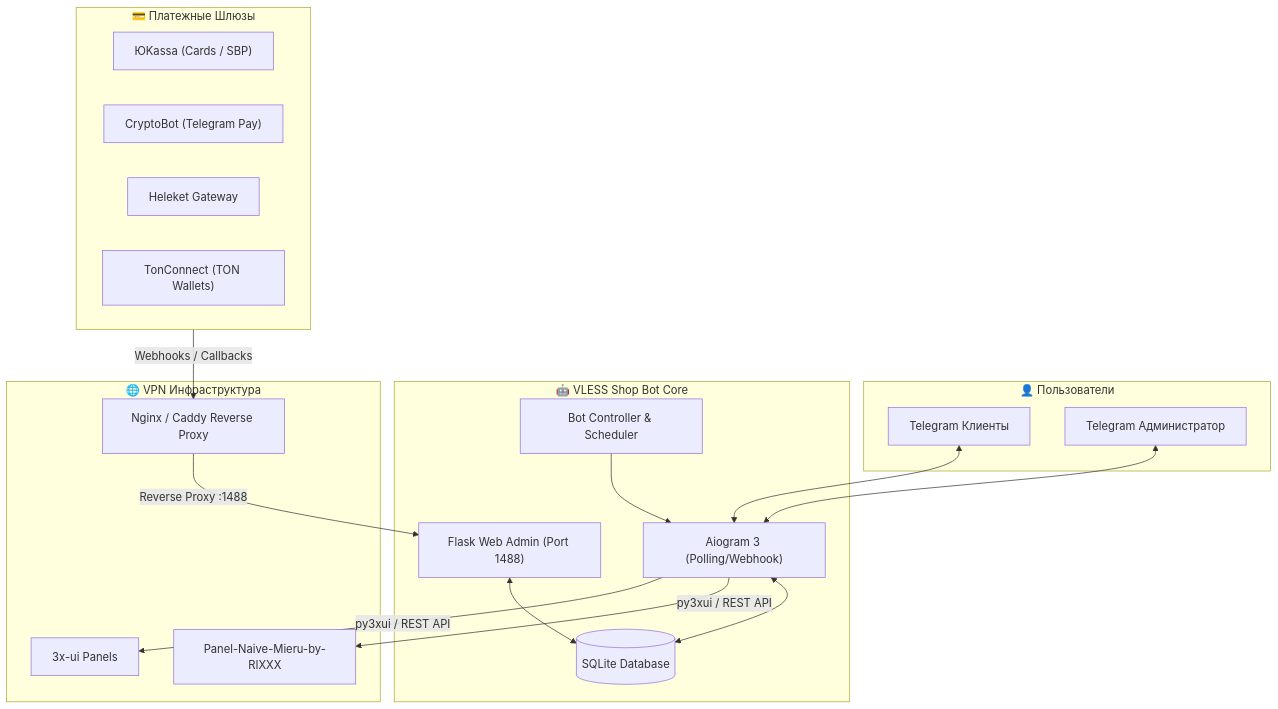
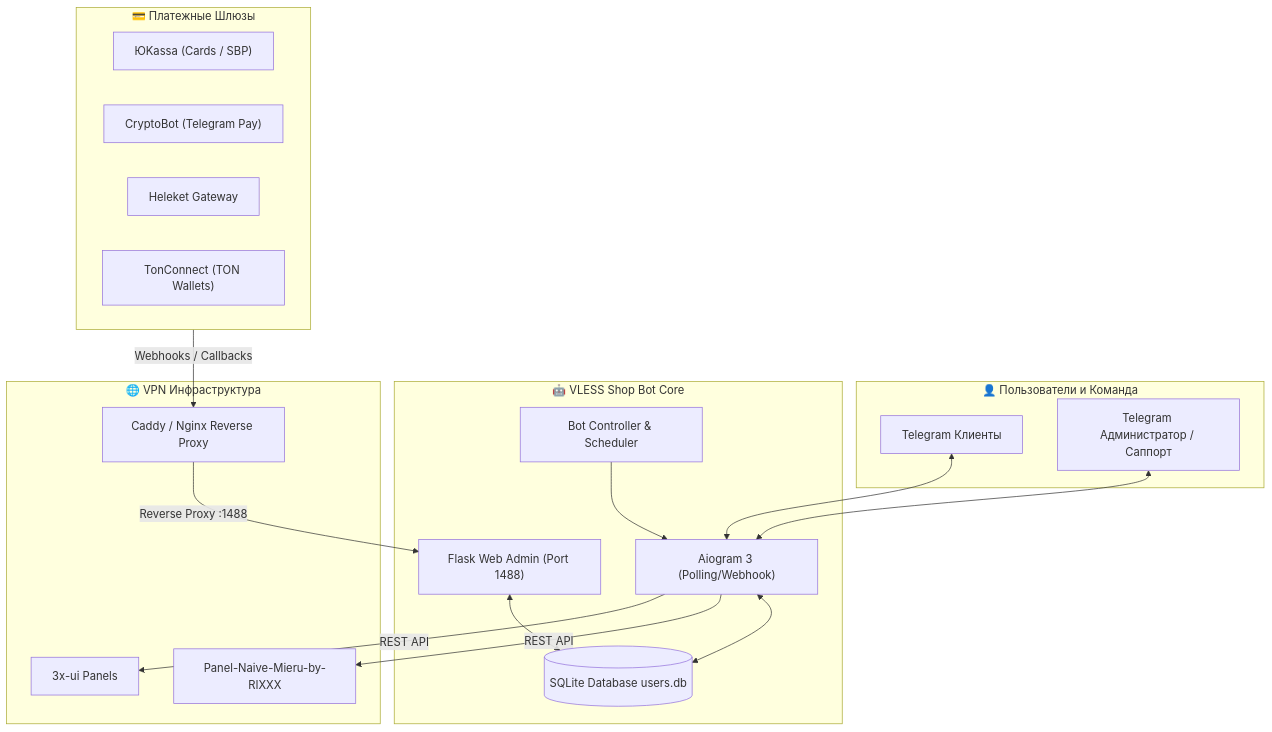
One commit to detkeroot/vless-shopbot-rixxx-edition changed the diagram in README.md. Above: the diagram before and after it, drawn with Mermaid. The commit also changed other lines of this file and 7 other files, not shown here.

````diff
--- a/README.md
+++ b/README.md
@@ -60,39 +64,39 @@
 ```mermaid
 flowchart TD
-    subgraph Clients["👤 Пользователи"]
+    subgraph Clients["👤 Пользователи и Команда"]
         TG["Telegram Клиенты"]
-        Admin["Telegram Администратор"]
+        Admin["Telegram Администратор / Саппорт"]
     end
 
     subgraph BotService["🤖 VLESS Shop Bot Core"]
         Bot["Aiogram 3 (Polling/Webhook)"]
         WebPanel["Flask Web Admin (Port 1488)"]
-        DB[(SQLite Database)]
+        DB[(SQLite Database users.db)]
         BotController["Bot Controller & Scheduler"]
     end
 
     subgraph Payments["💳 Платежные Шлюзы"]
         YooKassa["ЮKassa (Cards / SBP)"]
         CryptoBot["CryptoBot (Telegram Pay)"]
         Heleket["Heleket Gateway"]
         TonConnect["TonConnect (TON Wallets)"]
     end
 
     subgraph Infrastructure["🌐 VPN Инфраструктура"]
         RIXXX["Panel-Naive-Mieru-by-RIXXX"]
         XUI["3x-ui Panels"]
-        Proxy["Nginx / Caddy Reverse Proxy"]
+        Proxy["Caddy / Nginx Reverse Proxy"]
     end
 
     TG <--> Bot
     Admin <--> Bot
     Bot <--> DB
     WebPanel <--> DB
     BotController --> Bot
 
     Payments -->|Webhooks / Callbacks| Proxy
     Proxy -->|Reverse Proxy :1488| WebPanel
 
-    Bot -->|py3xui / REST API| RIXXX
-    Bot -->|py3xui / REST API| XUI
+    Bot -->|REST API| RIXXX
+    Bot -->|REST API| XUI
 ```
````
